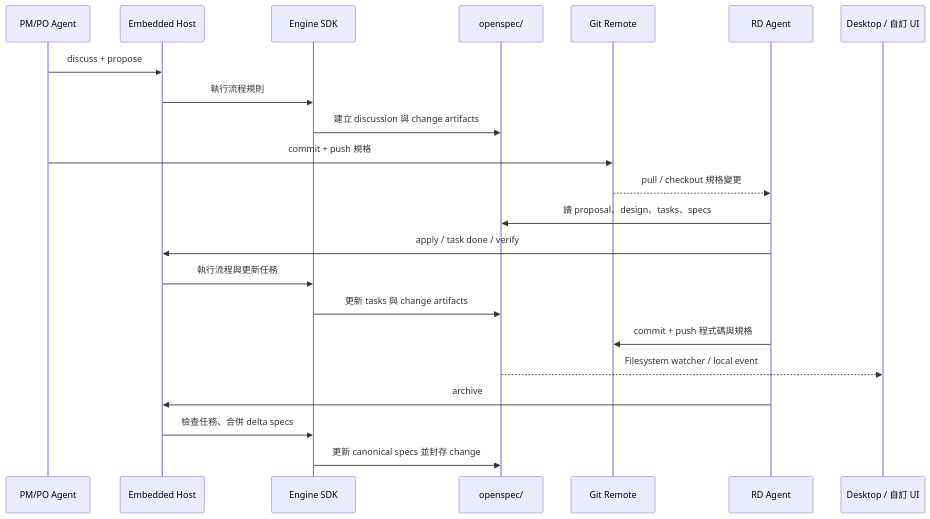
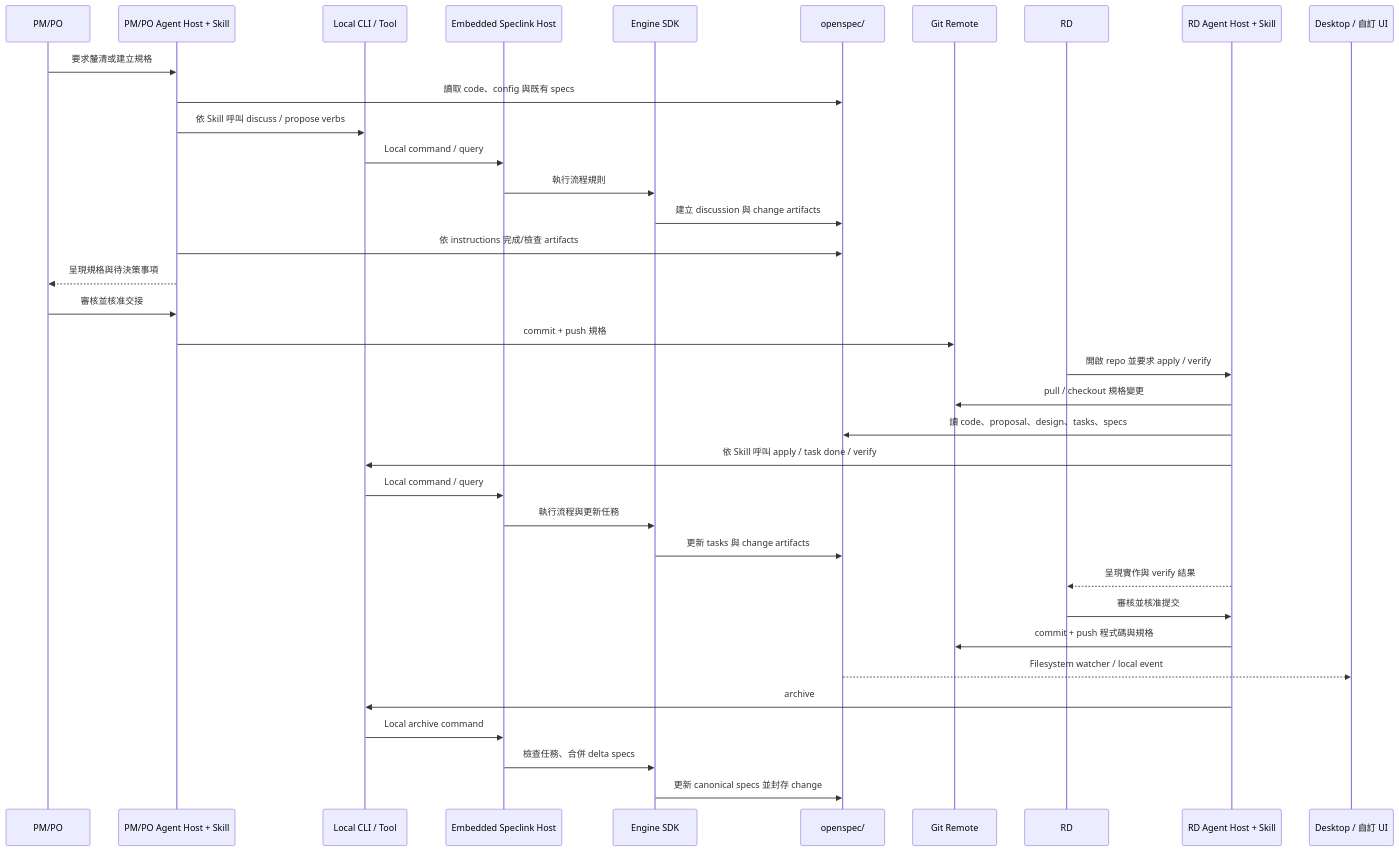
Before and after one commit to MomoChenisMe/speclink: the second of 8 diagrams in docs/platform-architecture.zh-TW.md, drawn with Mermaid. The commit also changed other lines of this file and 15 other files, not shown here.

First line of the commit message:
docs(platform): 定稿平台架構藍圖並收攏為唯一文件基準

````diff
--- a/docs/platform-architecture.zh-TW.md
+++ b/docs/platform-architecture.zh-TW.md
@@ -370,25 +467,39 @@
 ```mermaid
 sequenceDiagram
-    participant PM as PM/PO Agent
-    participant H as Embedded Host
+    participant PM as PM/PO
+    participant PA as PM/PO Agent Host + Skill
+    participant A as Local CLI / Tool
+    participant H as Embedded Speclink Host
     participant E as Engine SDK
     participant FS as openspec/
     participant Git as Git Remote
-    participant RD as RD Agent
+    participant RD as RD
+    participant RA as RD Agent Host + Skill
     participant UI as Desktop / 自訂 UI
 
-    PM->>H: discuss + propose
+    PM->>PA: 要求釐清或建立規格
+    PA->>FS: 讀取 code、config 與既有 specs
+    PA->>A: 依 Skill 呼叫 discuss / propose verbs
+    A->>H: Local command / query
     H->>E: 執行流程規則
     E->>FS: 建立 discussion 與 change artifacts
-    PM->>Git: commit + push 規格
-    Git-->>RD: pull / checkout 規格變更
-    RD->>FS: 讀 proposal、design、tasks、specs
-    RD->>H: apply / task done / verify
+    PA->>FS: 依 instructions 完成/檢查 artifacts
+    PA-->>PM: 呈現規格與待決策事項
+    PM->>PA: 審核並核准交接
+    PA->>Git: commit + push 規格
+    RD->>RA: 開啟 repo 並要求 apply / verify
+    RA->>Git: pull / checkout 規格變更
+    RA->>FS: 讀 code、proposal、design、tasks、specs
+    RA->>A: 依 Skill 呼叫 apply / task done / verify
+    A->>H: Local command / query
     H->>E: 執行流程與更新任務
     E->>FS: 更新 tasks 與 change artifacts
-    RD->>Git: commit + push 程式碼與規格
+    RA-->>RD: 呈現實作與 verify 結果
+    RD->>RA: 審核並核准提交
+    RA->>Git: commit + push 程式碼與規格
     FS-->>UI: Filesystem watcher / local event
-    RD->>H: archive
+    RA->>A: archive
+    A->>H: Local archive command
     H->>E: 檢查任務、合併 delta specs
     E->>FS: 更新 canonical specs 並封存 change
 ```
````
